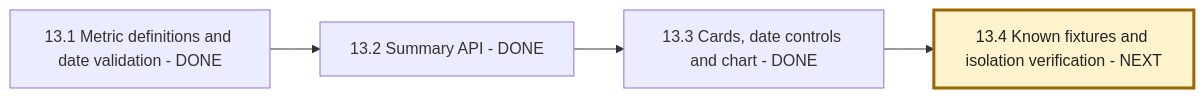
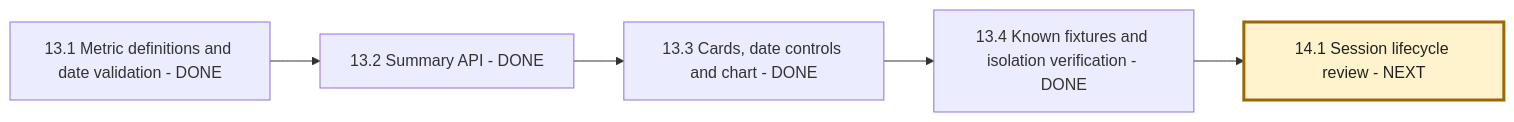
The fifth of 5 diagrams in NEXAAI_ROADMAP.md (msdian0007/nexaAi), drawn with Mermaid before and after one commit. The commit also changed other lines of this file and 4 other files, not shown here.

````diff
--- a/NEXAAI_ROADMAP.md
+++ b/NEXAAI_ROADMAP.md
@@ -343,7 +343,8 @@
 ```mermaid
 flowchart LR
     A[13.1 Metric definitions and date validation - DONE] --> B[13.2 Summary API - DONE]
     B --> C[13.3 Cards, date controls and chart - DONE]
-    C --> D[13.4 Known fixtures and isolation verification - NEXT]
-    style D fill:#fff3cd,stroke:#9a6700,stroke-width:3px,color:#222
+    C --> D[13.4 Known fixtures and isolation verification - DONE]
+    D --> E[14.1 Session lifecycle review - NEXT]
+    style E fill:#fff3cd,stroke:#9a6700,stroke-width:3px,color:#222
 ```
````
